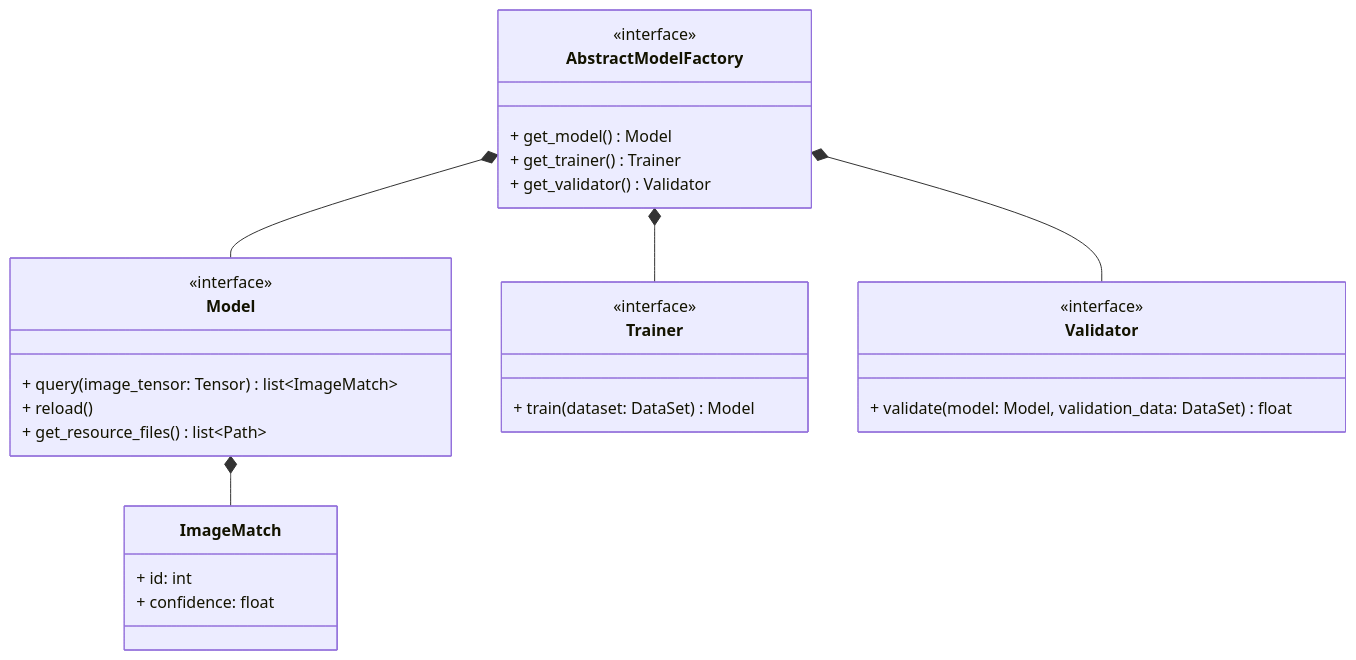
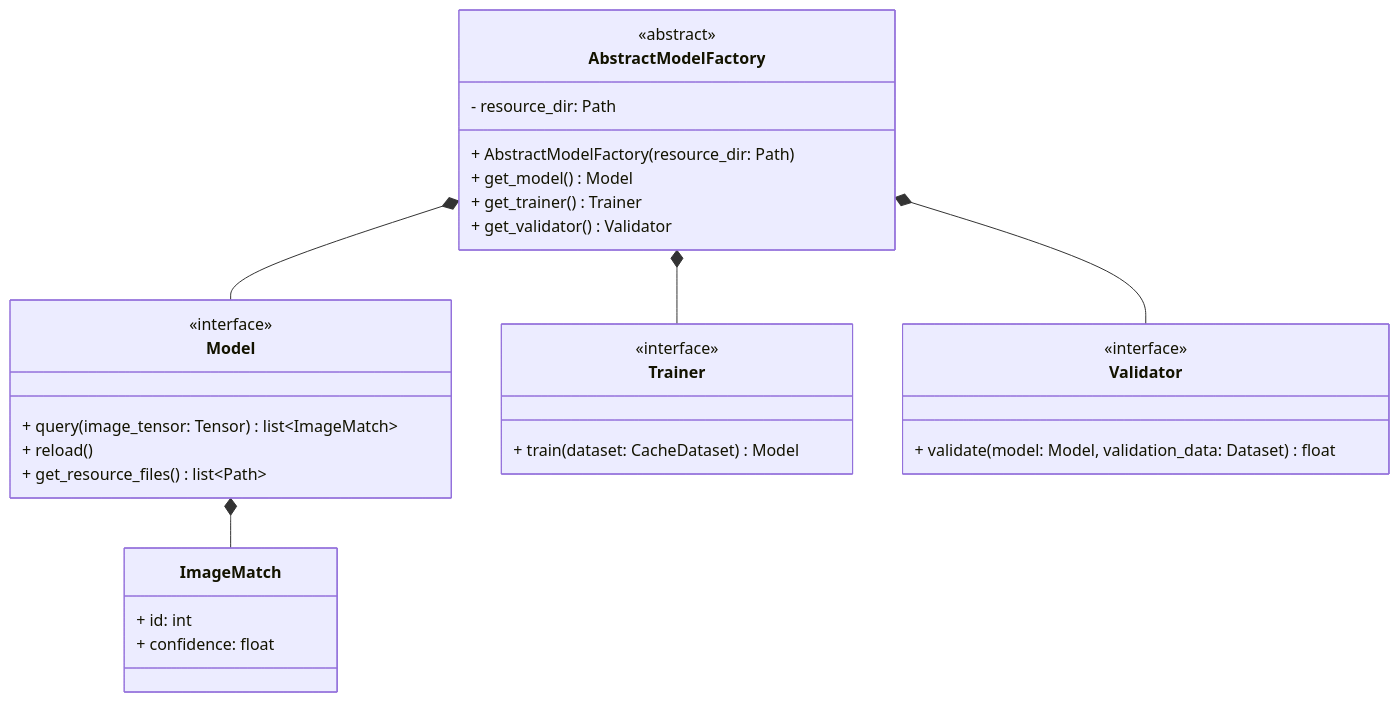
Before and after one commit to andyblarblar/transferware.ai: the fifth of 6 diagrams in docs/UML.md, drawn with Mermaid. The commit also changed 3 other files, not shown here.

````diff
--- a/docs/UML.md
+++ b/docs/UML.md
@@ -116,36 +116,38 @@
 ```mermaid
 classDiagram
     class ImageMatch {
         + id: int
         + confidence: float
     }
     
     class Model {
         <<interface>>
         + query(image_tensor: Tensor) list~ImageMatch~
         + reload()
         + get_resource_files() list~Path~
     }
     
     class Trainer {
         <<interface>>
-        + train(dataset: DataSet) Model
+        + train(dataset: CacheDataset) Model
     }
     
     class Validator {
         <<interface>>
-        + validate(model: Model, validation_data: DataSet) float
+        + validate(model: Model, validation_data: Dataset) float
     }
     
     class AbstractModelFactory {
-        <<interface>>
+        <<abstract>>
+        - resource_dir: Path
+        + AbstractModelFactory(resource_dir: Path)
         + get_model() Model
         + get_trainer() Trainer
         + get_validator() Validator
     }
     
     Model *-- ImageMatch
     AbstractModelFactory *-- Model
     AbstractModelFactory *-- Trainer
     AbstractModelFactory *-- Validator
 ```
````
